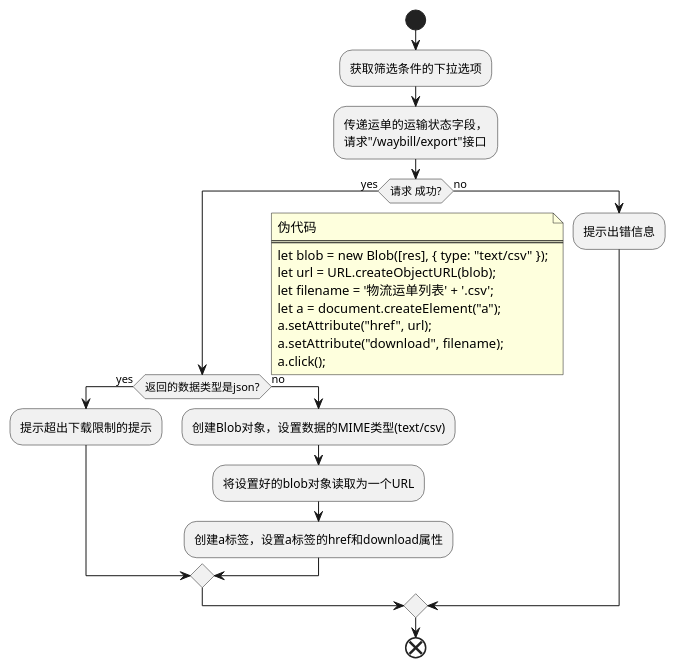
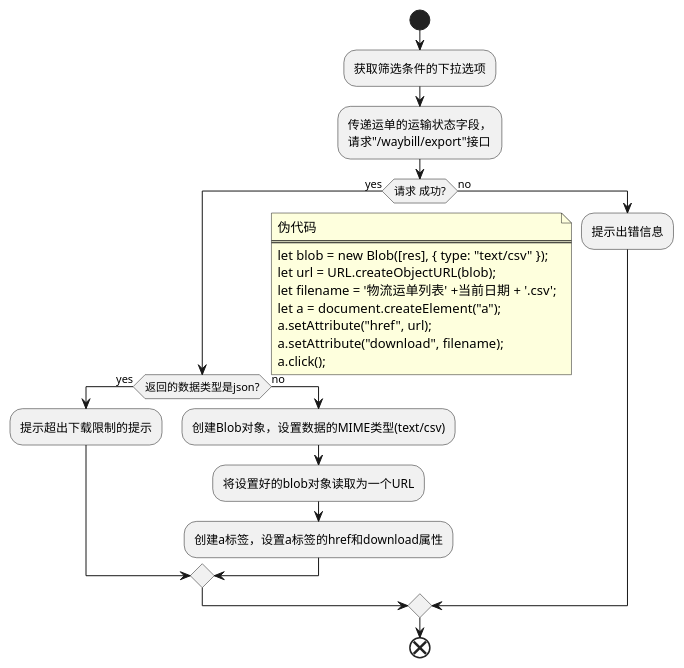
The diagram in docs/development-flow-diagram.puml/logistics-list/export-waybill.puml (futurekidult/lis), drawn with PlantUML before and after one commit. The commit also changed 5 other files, not shown here.

```diff
--- a/docs/development-flow-diagram.puml/logistics-list/export-waybill.puml
+++ b/docs/development-flow-diagram.puml/logistics-list/export-waybill.puml
@@ -1,30 +1,30 @@
 @startuml
 
 start
 :获取筛选条件的下拉选项;
 :传递运单的运输状态字段，
 请求"/waybill/export"接口;
 if(请求 成功?) then (yes)
   if(返回的数据类型是json?) then (yes)
     :提示超出下载限制的提示;
   else (no)
     :创建Blob对象，设置数据的MIME类型(text/csv);
     :将设置好的blob对象读取为一个URL;
     :创建a标签，设置a标签的href和download属性;
   endif
   note right
       伪代码
       ====
       let blob = new Blob([res], { type: "text/csv" });
       let url = URL.createObjectURL(blob);
-      let filename = '物流运单列表' + '.csv';
+      let filename = '物流运单列表' +当前日期 + '.csv';
       let a = document.createElement("a");
       a.setAttribute("href", url);
       a.setAttribute("download", filename);
       a.click();
     end note
 else (no)
   :提示出错信息;
 endif
 end
 @enduml
```
